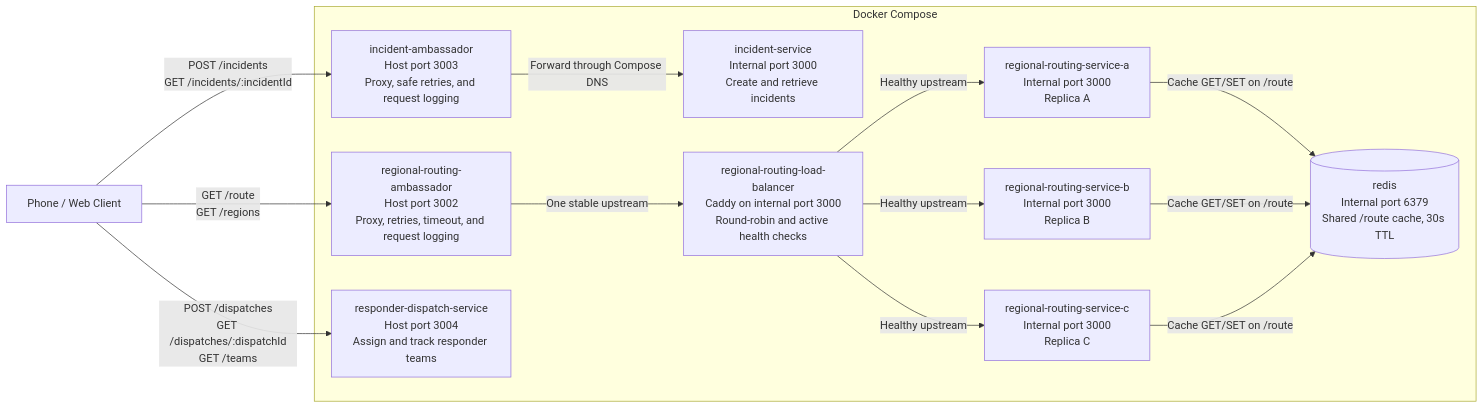
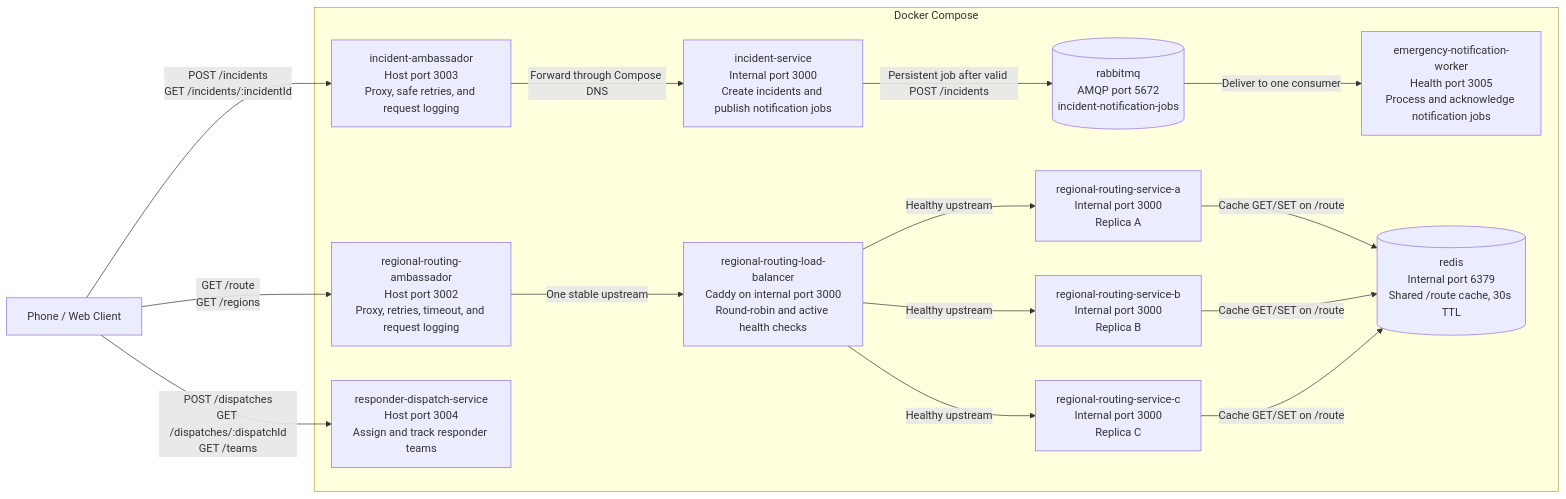
Before and after one commit to Dos0n/426-project-bay-blues: the diagram in docs/SERVICES.md, drawn with Mermaid. The commit also changed other lines of this file and 7 other files, not shown here.

````diff
--- a/docs/SERVICES.md
+++ b/docs/SERVICES.md
@@ -15,28 +17,32 @@
 ```mermaid
 flowchart LR
     client[Phone / Web Client]
 
     subgraph compose[Docker Compose]
-        incident[incident-service<br/>Internal port 3000<br/>Create and retrieve incidents]
+        incident[incident-service<br/>Internal port 3000<br/>Create incidents and publish notification jobs]
         incidentAmbassador[incident-ambassador<br/>Host port 3003<br/>Proxy, safe retries, and request logging]
+        rabbitmq[(rabbitmq<br/>AMQP port 5672<br/>incident-notification-jobs)]
+        notificationWorker[emergency-notification-worker<br/>Health port 3005<br/>Process and acknowledge notification jobs]
         routingAmbassador[regional-routing-ambassador<br/>Host port 3002<br/>Proxy, retries, timeout, and request logging]
         routingLoadBalancer[regional-routing-load-balancer<br/>Caddy on internal port 3000<br/>Round-robin and active health checks]
         routingA[regional-routing-service-a<br/>Internal port 3000<br/>Replica A]
         routingB[regional-routing-service-b<br/>Internal port 3000<br/>Replica B]
         routingC[regional-routing-service-c<br/>Internal port 3000<br/>Replica C]
         redis[(redis<br/>Internal port 6379<br/>Shared /route cache, 30s TTL)]
         dispatch[responder-dispatch-service<br/>Host port 3004<br/>Assign and track responder teams]
     end
 
     client -->|POST /incidents<br/>GET /incidents/:incidentId| incidentAmbassador
     incidentAmbassador -->|Forward through Compose DNS| incident
+    incident -->|Persistent job after valid POST /incidents| rabbitmq
+    rabbitmq -->|Deliver to one consumer| notificationWorker
     client -->|GET /route<br/>GET /regions| routingAmbassador
     routingAmbassador -->|One stable upstream| routingLoadBalancer
     routingLoadBalancer -->|Healthy upstream| routingA
     routingLoadBalancer -->|Healthy upstream| routingB
     routingLoadBalancer -->|Healthy upstream| routingC
     routingA -->|Cache GET/SET on /route| redis
     routingB -->|Cache GET/SET on /route| redis
     routingC -->|Cache GET/SET on /route| redis
     client -->|POST /dispatches<br/>GET /dispatches/:dispatchId<br/>GET /teams| dispatch
 ```
````
